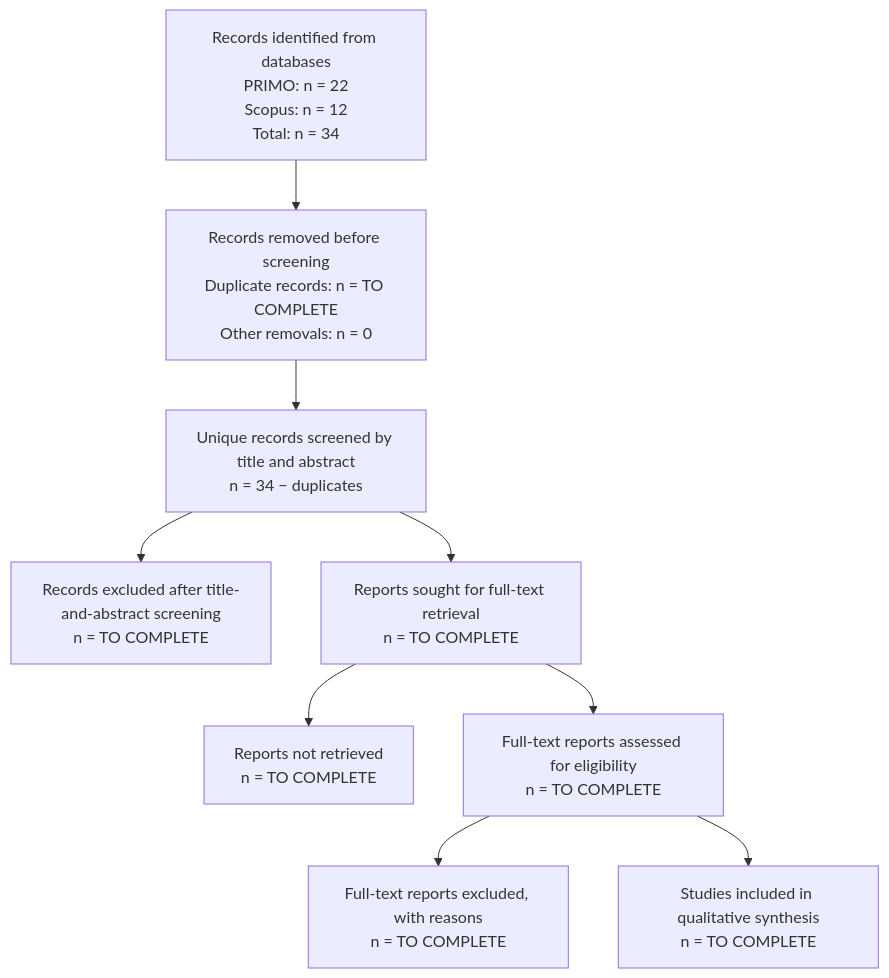
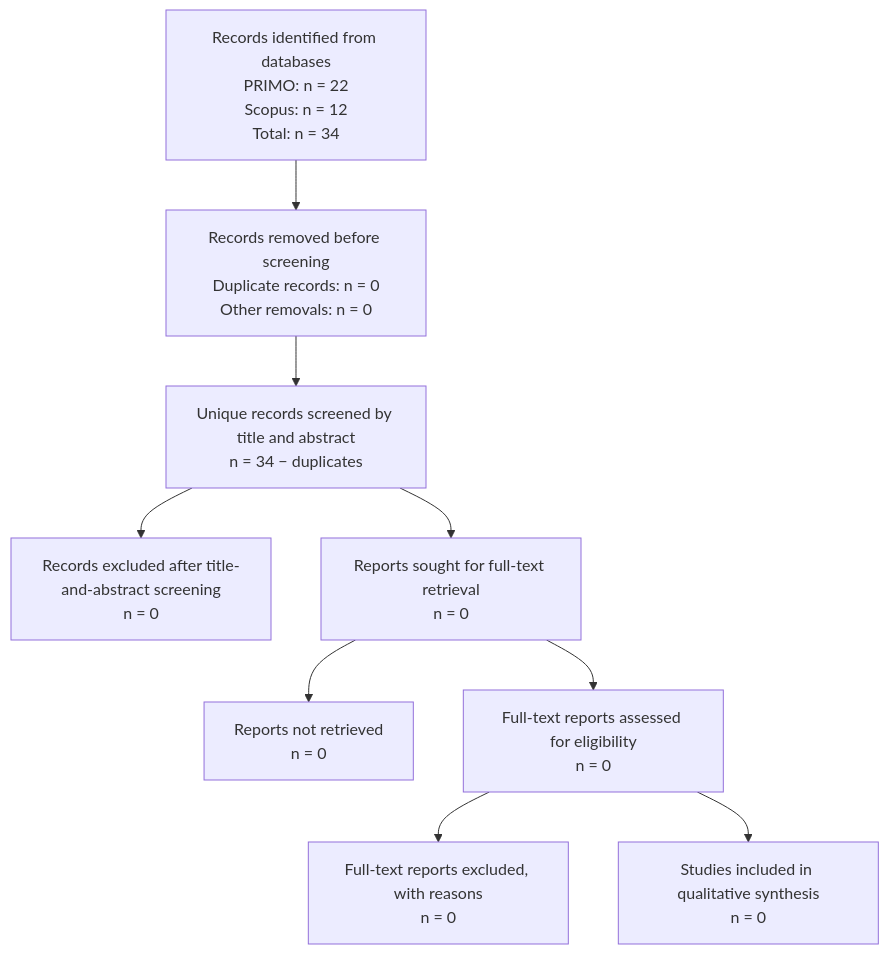
The diagram in 04_literature/gap_analysis.md (ayshibashi/unmsm-research-methods-angela-yshibashi), drawn with Mermaid before and after one commit. The commit also changed other lines of this file, not shown here.

First line of the commit message:
Revise section headers and update screening criteria

````diff
--- a/04_literature/gap_analysis.md
+++ b/04_literature/gap_analysis.md
@@ -338,29 +321,29 @@
 ```mermaid
 flowchart TD
     A["Records identified from databases<br/>PRIMO: n = 22<br/>Scopus: n = 12<br/>Total: n = 34"]
 
-    B["Records removed before screening<br/>Duplicate records: n = TO COMPLETE<br/>Other removals: n = 0"]
+    B["Records removed before screening<br/>Duplicate records: n = 0<br/>Other removals: n = 0"]
 
     C["Unique records screened by title and abstract<br/>n = 34 − duplicates"]
 
-    D["Records excluded after title-and-abstract screening<br/>n = TO COMPLETE"]
+    D["Records excluded after title-and-abstract screening<br/>n = 0"]
 
-    E["Reports sought for full-text retrieval<br/>n = TO COMPLETE"]
+    E["Reports sought for full-text retrieval<br/>n = 0"]
 
-    F["Reports not retrieved<br/>n = TO COMPLETE"]
+    F["Reports not retrieved<br/>n = 0"]
 
-    G["Full-text reports assessed for eligibility<br/>n = TO COMPLETE"]
+    G["Full-text reports assessed for eligibility<br/>n = 0"]
 
-    H["Full-text reports excluded, with reasons<br/>n = TO COMPLETE"]
+    H["Full-text reports excluded, with reasons<br/>n = 0"]
 
-    I["Studies included in qualitative synthesis<br/>n = TO COMPLETE"]
+    I["Studies included in qualitative synthesis<br/>n = 0"]
 
     A --> B
     B --> C
     C --> D
     C --> E
     E --> F
     E --> G
     G --> H
     G --> I
 ```
````
